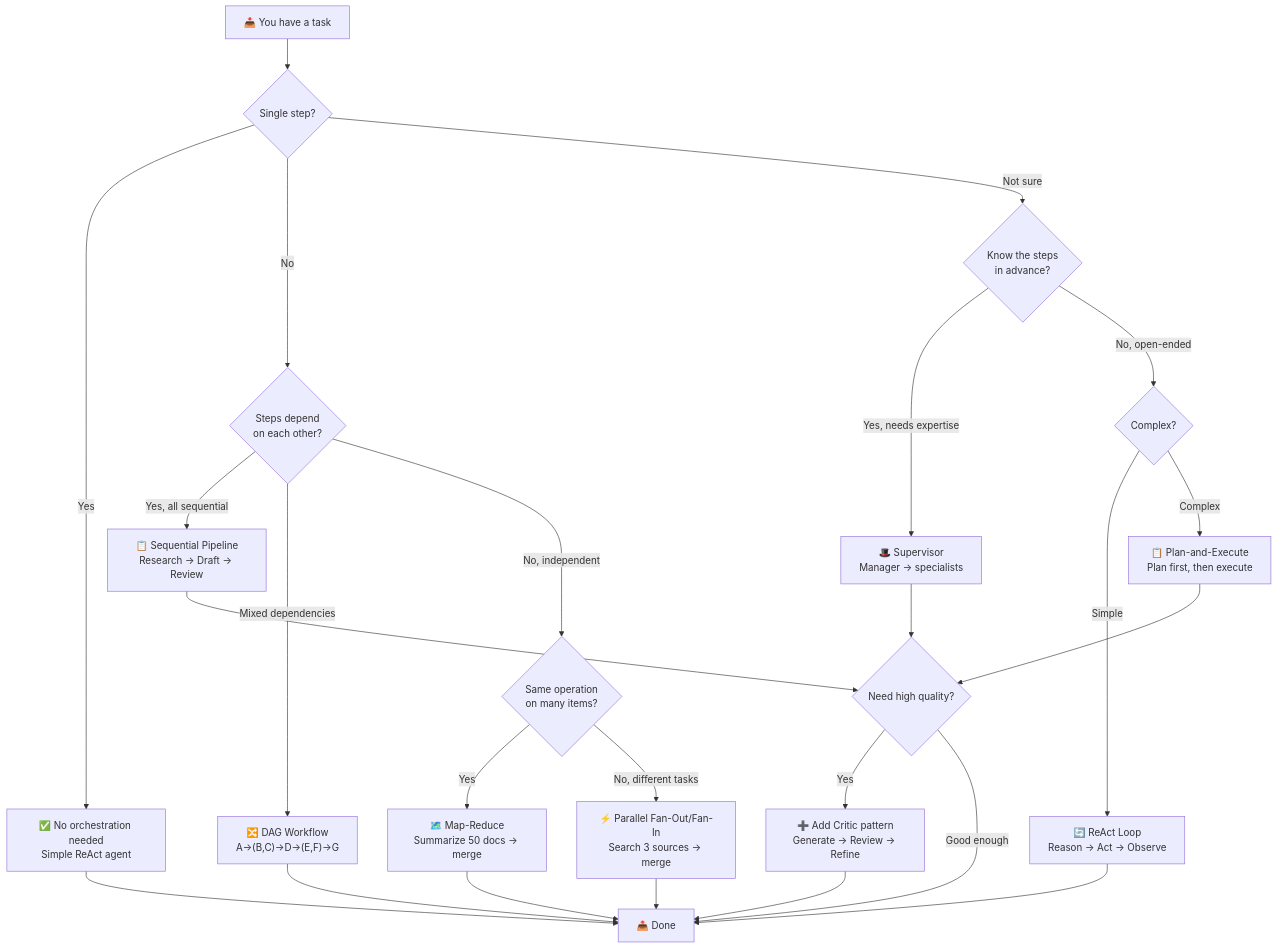
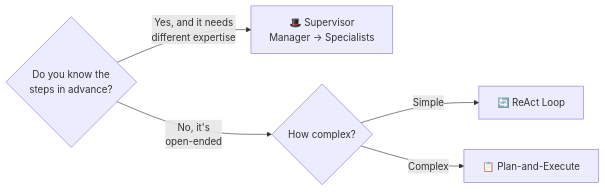
Before and after one commit to roie9876/AI-Agent-Platform: diagram 22 of 23 in education/en/05-orchestration.md, drawn with Mermaid. The commit also changed other lines of this file, not shown here.

Commit message:
docs: split decision tree into 3 focused mermaid diagrams for readability

````diff
--- a/education/en/05-orchestration.md
+++ b/education/en/05-orchestration.md
@@ -497,34 +518,8 @@
 ```mermaid
-graph TD
-    Start["📥 You have a task"] --> Q1{"Single step?"}
-    
-    Q1 -->|"Yes"| A1["✅ No orchestration needed<br/>Simple ReAct agent"]
-    Q1 -->|"No"| Q2{"Steps depend<br/>on each other?"}
-    
-    Q2 -->|"Yes, all sequential"| A2["📋 Sequential Pipeline<br/>Research → Draft → Review"]
-    Q2 -->|"Mixed dependencies"| A3["🔀 DAG Workflow<br/>A→(B,C)→D→(E,F)→G"]
-    Q2 -->|"No, independent"| Q3{"Same operation<br/>on many items?"}
-    
-    Q3 -->|"Yes"| A4["🗺️ Map-Reduce<br/>Summarize 50 docs → merge"]
-    Q3 -->|"No, different tasks"| A5["⚡ Parallel Fan-Out/Fan-In<br/>Search 3 sources → merge"]
-    
-    Q1 -->|"Not sure"| Q4{"Know the steps<br/>in advance?"}
-    
-    Q4 -->|"Yes, needs expertise"| A6["🎩 Supervisor<br/>Manager → specialists"]
-    Q4 -->|"No, open-ended"| Q5{"Complex?"}
-    
-    Q5 -->|"Simple"| A7["🔄 ReAct Loop<br/>Reason → Act → Observe"]
-    Q5 -->|"Complex"| A8["📋 Plan-and-Execute<br/>Plan first, then execute"]
-    
-    A2 --> Q6{"Need high quality?"}
-    A6 --> Q6
-    A8 --> Q6
-    Q6 -->|"Yes"| A9["➕ Add Critic pattern<br/>Generate → Review → Refine"]
-    Q6 -->|"Good enough"| Done["📤 Done"]
-    A1 --> Done
-    A3 --> Done
-    A4 --> Done
-    A5 --> Done
-    A7 --> Done
-    A9 --> Done
+graph LR
+    Q{"Do you know the<br/>steps in advance?"}
+    Q -->|"Yes, and it needs<br/>different expertise"| A["🎩 Supervisor<br/>Manager → Specialists"]
+    Q -->|"No, it's<br/>open-ended"| B{"How complex?"}
+    B -->|"Simple"| C["🔄 ReAct Loop"]
+    B -->|"Complex"| D["📋 Plan-and-Execute"]
 ```
````
